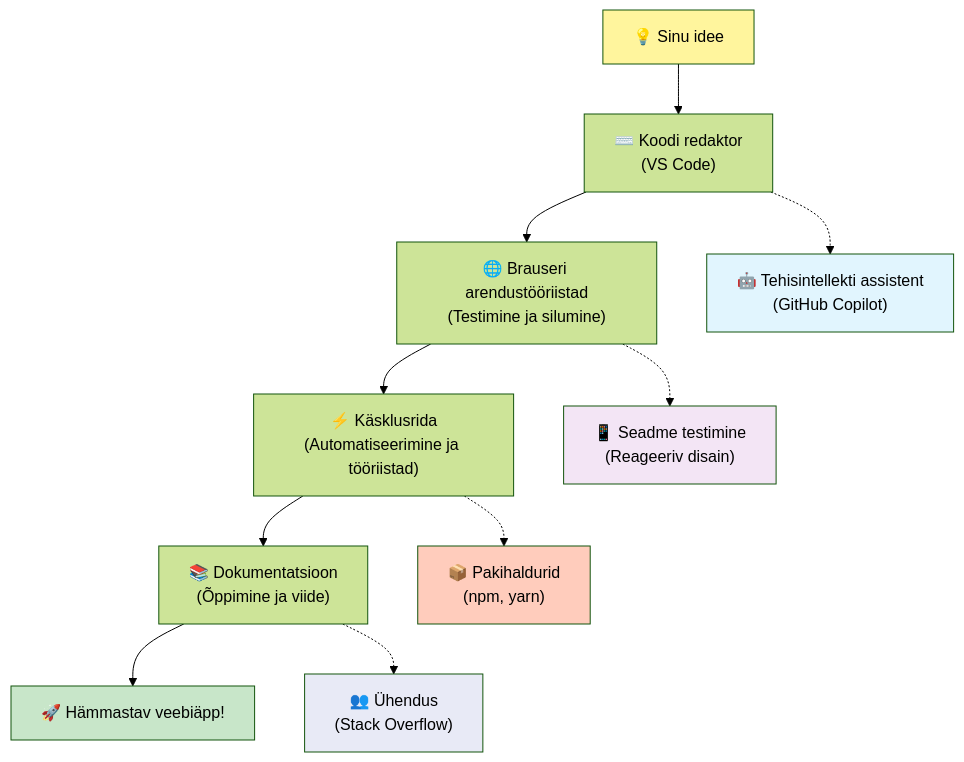
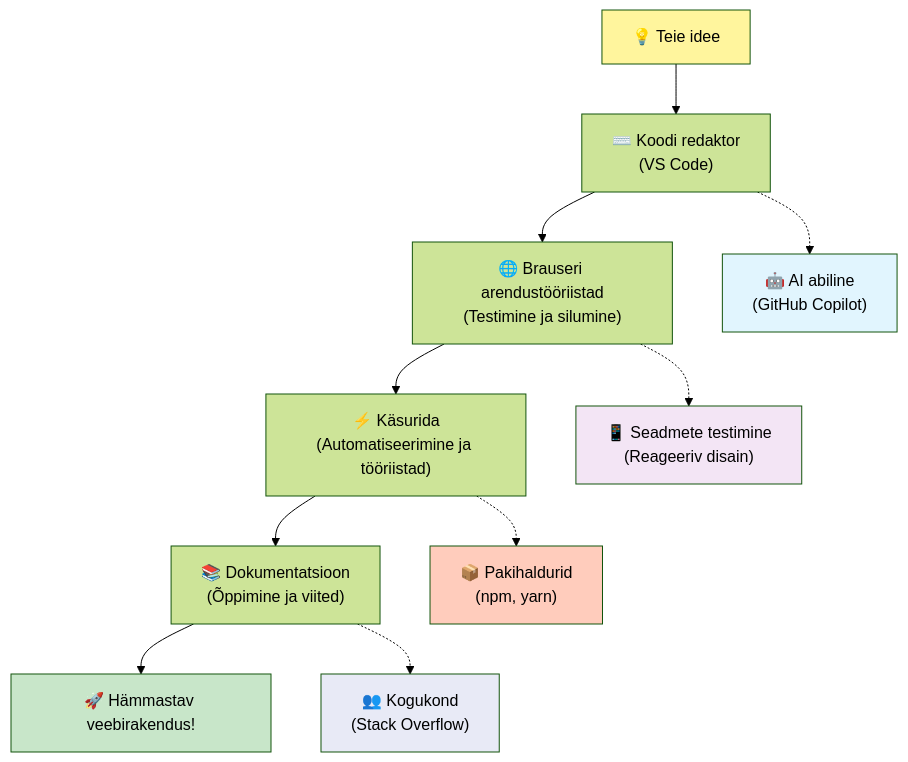
One commit to microsoft/Web-Dev-For-Beginners changed the fifth of 7 diagrams in translations/et/1-getting-started-lessons/1-intro-to-programming-languages/README.md. Above: the diagram before and after it, drawn with Mermaid (forest theme). The commit also changed other lines of this file and 8 other files, not shown here.

````diff
--- a/translations/et/1-getting-started-lessons/1-intro-to-programming-languages/README.md
+++ b/translations/et/1-getting-started-lessons/1-intro-to-programming-languages/README.md
@@ -488,20 +487,20 @@
 ```mermaid
 graph TD
-    A["💡 Sinu idee"] --> B["⌨️ Koodi redaktor<br/>(VS Code)"] 
+    A["💡 Teie idee"] --> B["⌨️ Koodi redaktor<br/>(VS Code)"] 
     B --> C["🌐 Brauseri arendustööriistad<br/>(Testimine ja silumine)"]
-    C --> D["⚡ Käsklusrida<br/>(Automatiseerimine ja tööriistad)"]
-    D --> E["📚 Dokumentatsioon<br/>(Õppimine ja viide)"]
-    E --> F["🚀 Hämmastav veebiäpp!"]
+    C --> D["⚡ Käsurida<br/>(Automatiseerimine ja tööriistad)"]
+    D --> E["📚 Dokumentatsioon<br/>(Õppimine ja viited)"]
+    E --> F["🚀 Hämmastav veebirakendus!"]
     
-    B -.-> G["🤖 Tehisintellekti assistent<br/>(GitHub Copilot)"]
-    C -.-> H["📱 Seadme testimine<br/>(Reageeriv disain)"]
+    B -.-> G["🤖 AI abiline<br/>(GitHub Copilot)"]
+    C -.-> H["📱 Seadmete testimine<br/>(Reageeriv disain)"]
     D -.-> I["📦 Pakihaldurid<br/>(npm, yarn)"]
-    E -.-> J["👥 Ühendus<br/>(Stack Overflow)"]
+    E -.-> J["👥 Kogukond<br/>(Stack Overflow)"]
     
     style A fill:#fff59d
     style F fill:#c8e6c9
     style G fill:#e1f5fe
     style H fill:#f3e5f5
     style I fill:#ffccbc
     style J fill:#e8eaf6
 ```
````
